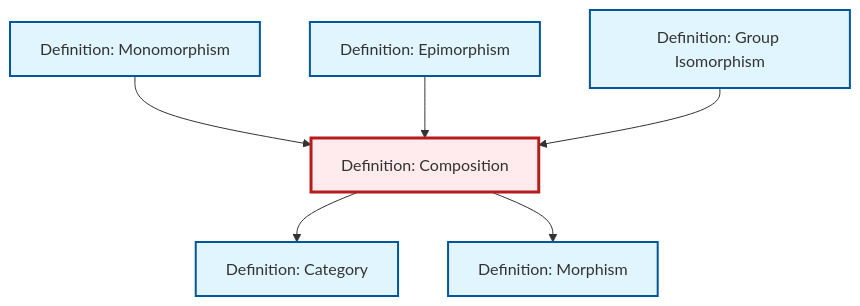
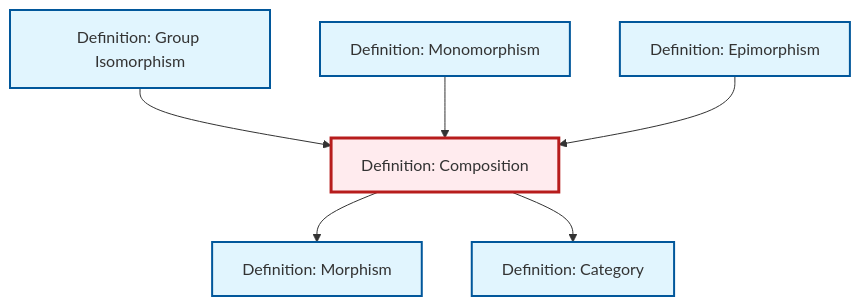
One commit to RK0429/ModernMath changed the diagram in content/en/category-theory/def-composition.qmd. Above: the diagram before and after it, drawn with Mermaid. The commit also changed other lines of this file and 634 other files, not shown here.

````diff
--- a/content/en/category-theory/def-composition.qmd
+++ b/content/en/category-theory/def-composition.qmd
@@ -92,26 +92,26 @@
 ```{mermaid}
 %%| fig-cap: "Local dependency graph"
 graph TD
     classDef definition fill:#e1f5fe,stroke:#01579b,stroke-width:2px
     classDef theorem fill:#f3e5f5,stroke:#4a148c,stroke-width:2px
     classDef axiom fill:#fff3e0,stroke:#e65100,stroke-width:2px
     classDef example fill:#e8f5e9,stroke:#1b5e20,stroke-width:2px
     classDef current fill:#ffebee,stroke:#b71c1c,stroke-width:3px
+    def-category["Definition: Category"]:::definition
     def-composition["Definition: Composition"]:::definition
+    def-epimorphism["Definition: Epimorphism"]:::definition
     def-monomorphism["Definition: Monomorphism"]:::definition
-    def-epimorphism["Definition: Epimorphism"]:::definition
+    def-isomorphism["Definition: Group Isomorphism"]:::definition
     def-morphism["Definition: Morphism"]:::definition
-    def-isomorphism["Definition: Group Isomorphism"]:::definition
-    def-category["Definition: Category"]:::definition
+    def-isomorphism --> def-composition
+    def-composition --> def-morphism
+    def-monomorphism --> def-composition
     def-composition --> def-category
-    def-monomorphism --> def-composition
     def-epimorphism --> def-composition
-    def-composition --> def-morphism
-    def-isomorphism --> def-composition
     class def-composition current
+    click def-category "def-category.html" "Go to Category definition"
+    click def-epimorphism "def-epimorphism.html" "Go to Epimorphism definition"
     click def-monomorphism "def-monomorphism.html" "Go to Monomorphism definition"
-    click def-epimorphism "def-epimorphism.html" "Go to Epimorphism definition"
+    click def-isomorphism "def-isomorphism.html" "Go to Group Isomorphism definition"
     click def-morphism "def-morphism.html" "Go to Morphism definition"
-    click def-isomorphism "def-isomorphism.html" "Go to Group Isomorphism definition"
-    click def-category "def-category.html" "Go to Category definition"
 ```
````
